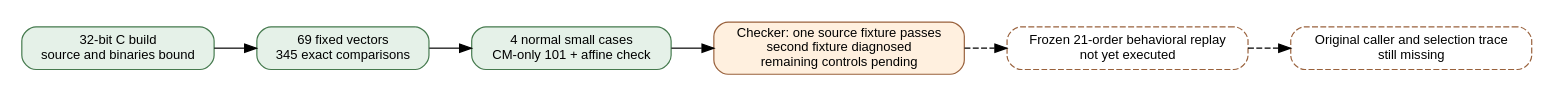
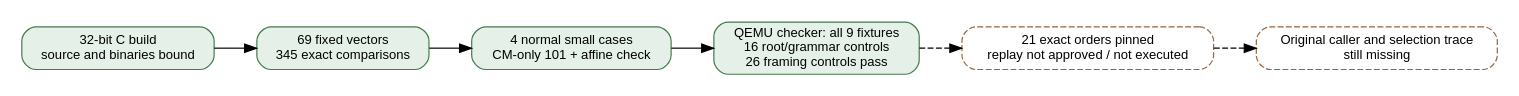
The diagram in research/nist_seed_ecpp_compat_20261024/admission.dot (aburan28/crypto-autoresearcher), drawn with Graphviz before and after one commit. The commit also changed 130 other files, not shown here.

```diff
--- a/research/nist_seed_ecpp_compat_20261024/admission.dot
+++ b/research/nist_seed_ecpp_compat_20261024/admission.dot
@@ -1,12 +1,12 @@
 digraph Admission {
   graph [rankdir=LR,bgcolor="white",fontname="Helvetica",pad="0.15"];
   node [shape=box,style="rounded,filled",fillcolor="#e5f1e8",color="#457a4e",fontname="Helvetica",fontsize=11];
   build [label="32-bit C build\nsource and binaries bound"];
   arithmetic [label="69 fixed vectors\n345 exact comparisons"];
   small [label="4 normal small cases\nCM-only 101 + affine check"];
-  checker [label="Checker: one source fixture passes\nsecond fixture diagnosed\nremaining controls pending",fillcolor="#fff0df",color="#99613c"];
-  cohort [label="Frozen 21-order behavioral replay\nnot yet executed",style="rounded,dashed",fillcolor="white",color="#99613c"];
+  checker [label="QEMU checker: all 9 fixtures\n16 root/grammar controls\n26 framing controls pass",fillcolor="#e5f1e8",color="#457a4e"];
+  cohort [label="21 exact orders pinned\nreplay not approved / not executed",style="rounded,dashed",fillcolor="white",color="#99613c"];
   history [label="Original caller and selection trace\nstill missing",style="rounded,dashed",fillcolor="white",color="#99613c"];
   build -> arithmetic; arithmetic -> small; small -> checker;
   checker -> cohort [style=dashed];cohort -> history [style=dashed];
 }
```
